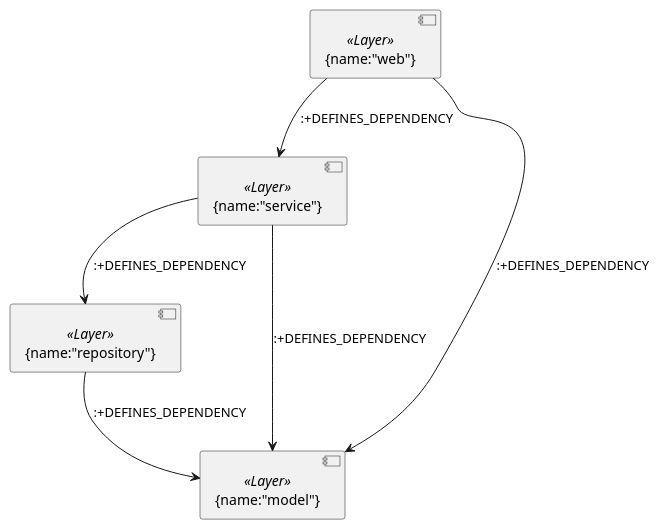
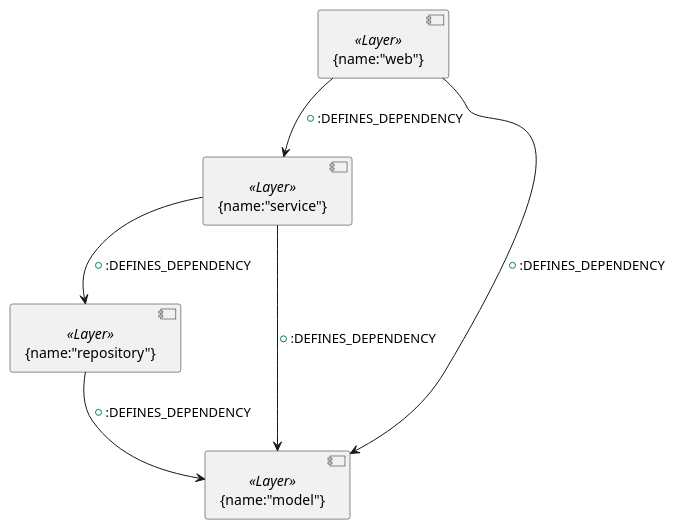
One commit to murdos/spring-petclinic changed the third of 3 diagrams in jqassistant/layer.adoc. Above: the diagram before and after it, drawn with PlantUML.

Commit message:
applied latest changes from PlantUML rule plugin

```diff
--- a/jqassistant/layer.adoc
+++ b/jqassistant/layer.adoc
@@ -71,19 +71,19 @@
 [plantuml,layerdeps,role=concept,requiresConcepts="layer:Layer"]
 ----
 @startuml
 skinparam componentStyle uml2
 
 [{name:"web"}]        as web        <<Layer>>
 [{name:"service"}]    as service    <<Layer>>
 [{name:"repository"}] as repository <<Layer>>
 [{name:"model"}]      as model      <<Layer>>
 
 
-web        -down-> service    : :+DEFINES_DEPENDENCY
-web        -down-> model      : :+DEFINES_DEPENDENCY
-service    -down-> repository : :+DEFINES_DEPENDENCY
-service    -down-> model      : :+DEFINES_DEPENDENCY
-repository -down-> model      : :+DEFINES_DEPENDENCY
+web        -down-> service    : +:DEFINES_DEPENDENCY
+web        -down-> model      : +:DEFINES_DEPENDENCY
+service    -down-> repository : +:DEFINES_DEPENDENCY
+service    -down-> model      : +:DEFINES_DEPENDENCY
+repository -down-> model      : +:DEFINES_DEPENDENCY
 
 @enduml
 ----
```
